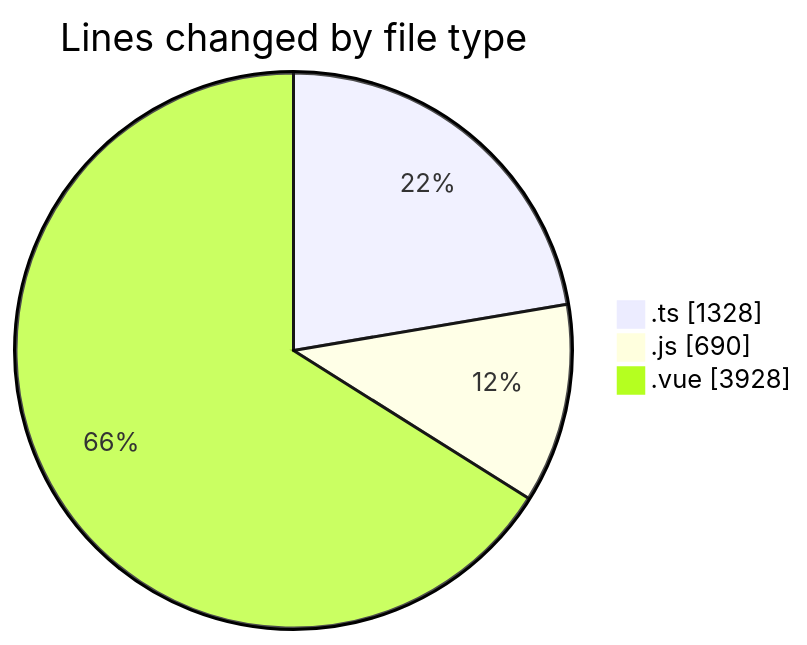
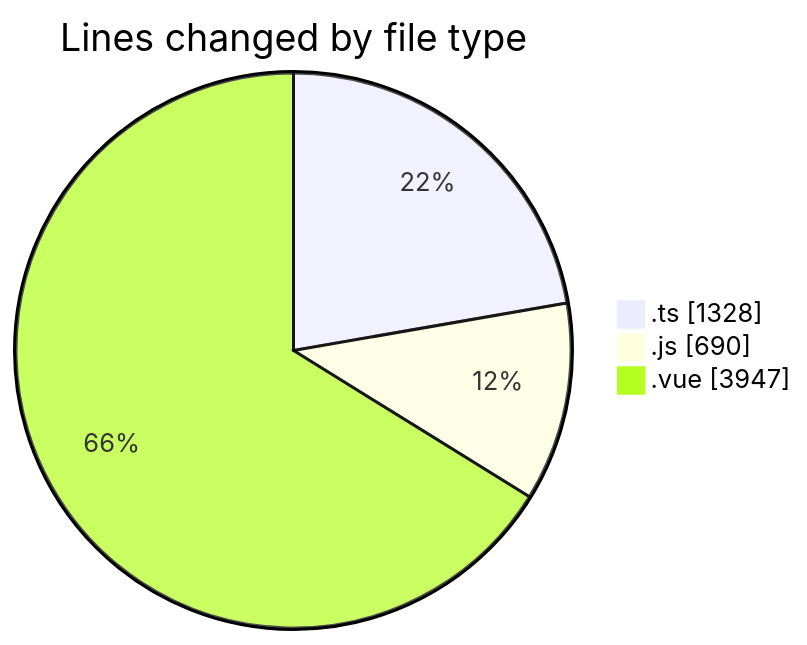
One commit to lephambinh05/code-tracking changed the first of 2 diagrams in 2025-08-16/rentotp/README.md. Above: the diagram before and after it, drawn with Mermaid. The commit also changed other lines of this file and 1 other file, not shown here.

````diff
--- a/2025-08-16/rentotp/README.md
+++ b/2025-08-16/rentotp/README.md
@@ -38,7 +38,7 @@
 ```mermaid
 pie showData
 title Lines changed by file type
 ".ts" : 1328
 ".js" : 690
-".vue" : 3928
+".vue" : 3947
 ```
````
